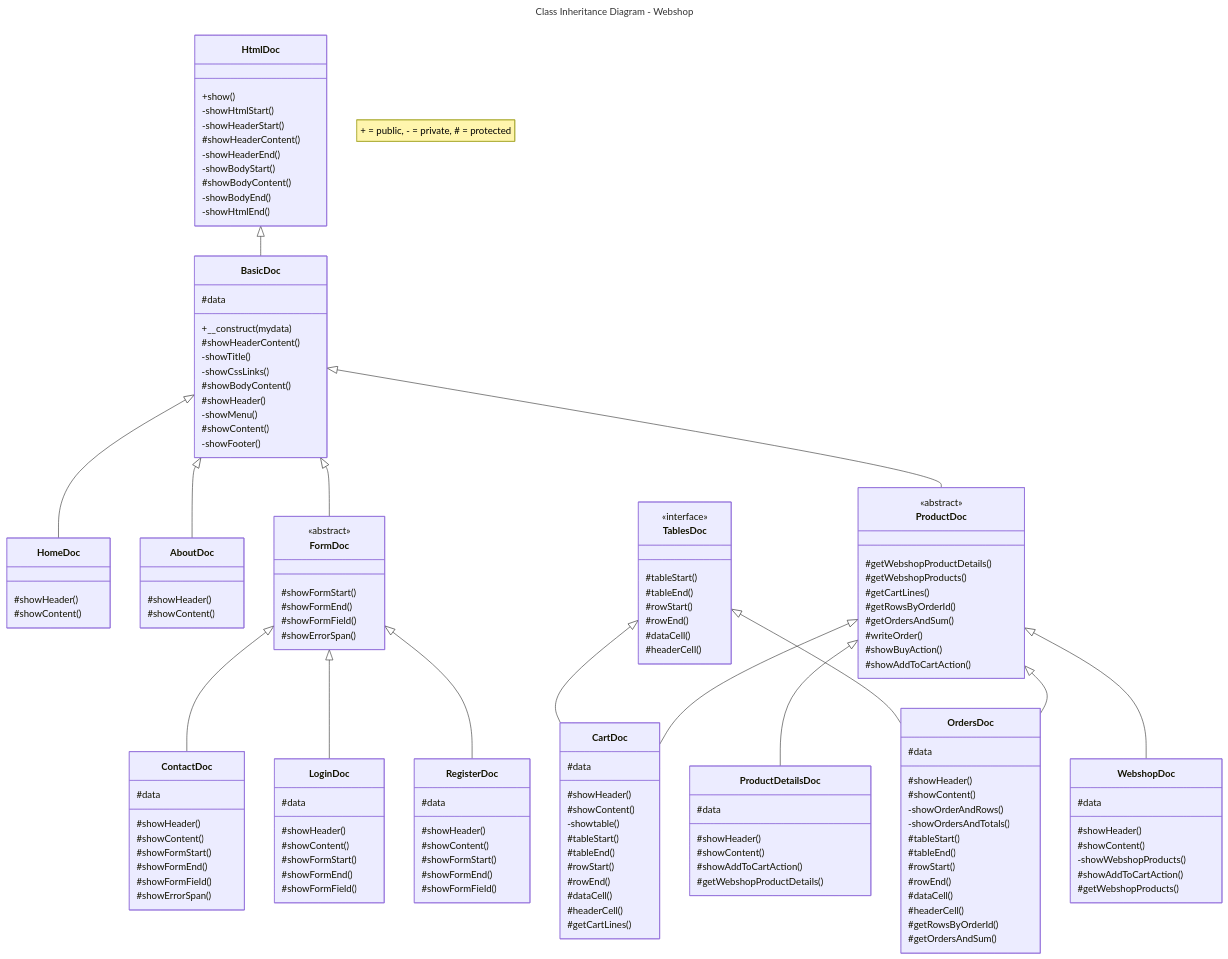
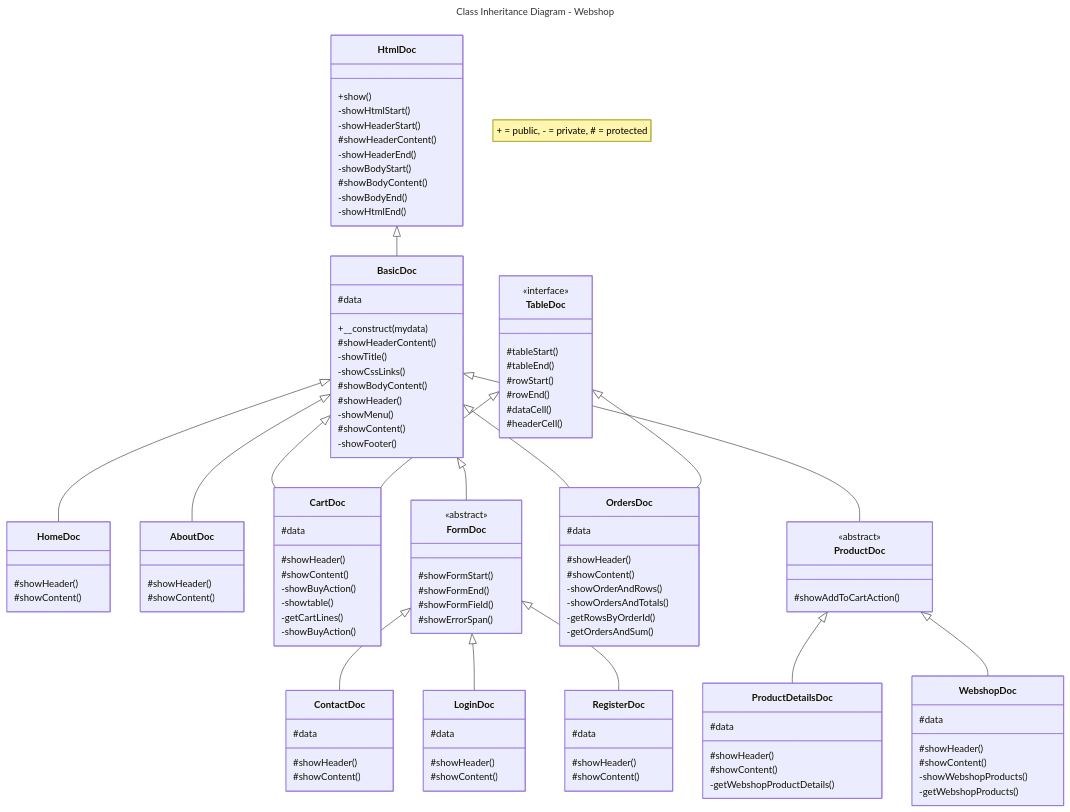
The diagram in Diagrams/class-inheritance-diagram-webshop.md (JeroenHeemskerk/educom-webshop-oop-1698314754), drawn with Mermaid before and after one commit.

```diff
--- a/Diagrams/class-inheritance-diagram-webshop.md
+++ b/Diagrams/class-inheritance-diagram-webshop.md
@@ -10,20 +10,20 @@
 
     BasicDoc <|-- HomeDoc
     BasicDoc <|-- AboutDoc
+    BasicDoc <|-- CartDoc
     BasicDoc <|-- FormDoc
+    BasicDoc <|-- OrdersDoc
     BasicDoc <|-- ProductDoc
 
     FormDoc <|-- ContactDoc
     FormDoc <|-- LoginDoc
     FormDoc <|-- RegisterDoc
 
-    ProductDoc <|-- CartDoc
-    ProductDoc <|-- OrdersDoc
     ProductDoc <|-- ProductDetailsDoc
     ProductDoc <|-- WebshopDoc
 
-    TablesDoc <|-- CartDoc
-    TablesDoc <|-- OrdersDoc
+    TableDoc <|-- CartDoc
+    TableDoc <|-- OrdersDoc
     
     class HtmlDoc{
        +show()
@@ -65,52 +65,31 @@
     }
     class ProductDoc{
         <<abstract>>
-        #getWebshopProductDetails()
-        #getWebshopProducts()
-        #getCartLines()
-        #getRowsByOrderId()
-        #getOrdersAndSum()
-        #writeOrder()
-        #showBuyAction()
         #showAddToCartAction()
     }
     class ContactDoc{
         #data
         #showHeader()
         #showContent()
-        #showFormStart()
-        #showFormEnd()
-        #showFormField()
-        #showErrorSpan()
     }
     class LoginDoc{
         #data
         #showHeader()
         #showContent()
-        #showFormStart()
-        #showFormEnd()
-        #showFormField()
     }
     class RegisterDoc{
         #data
         #showHeader()
         #showContent()
-        #showFormStart()
-        #showFormEnd()
-        #showFormField()
     }
     class CartDoc{
         #data
         #showHeader()
         #showContent()
+        -showBuyAction()
         -showtable()
-        #tableStart()
-        #tableEnd()
-        #rowStart()
-        #rowEnd()
-        #dataCell()
-        #headerCell()
-        #getCartLines()
+        -getCartLines()
+        -showBuyAction()
     }
     class OrdersDoc{
         #data
@@ -118,31 +97,23 @@
         #showContent()
         -showOrderAndRows()
         -showOrdersAndTotals()
-        #tableStart()
-        #tableEnd()
-        #rowStart()
-        #rowEnd()
-        #dataCell()
-        #headerCell()
-        #getRowsByOrderId()
-        #getOrdersAndSum()
+        -getRowsByOrderId()
+        -getOrdersAndSum()
     }
     class ProductDetailsDoc{
         #data
         #showHeader()
         #showContent()
-        #showAddToCartAction()
-        #getWebshopProductDetails()
+        -getWebshopProductDetails()
     }
     class WebshopDoc{
         #data
         #showHeader()
         #showContent()
         -showWebshopProducts()
-        #showAddToCartAction()
-        #getWebshopProducts()
+        -getWebshopProducts()
     }
-class TablesDoc{
+    class TableDoc{
         <<interface>>
         #tableStart()
         #tableEnd()
```
